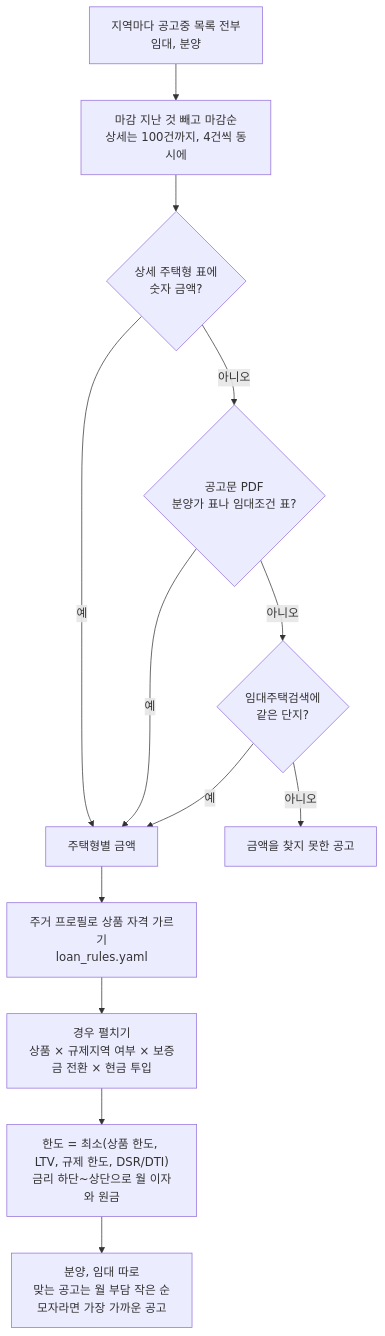
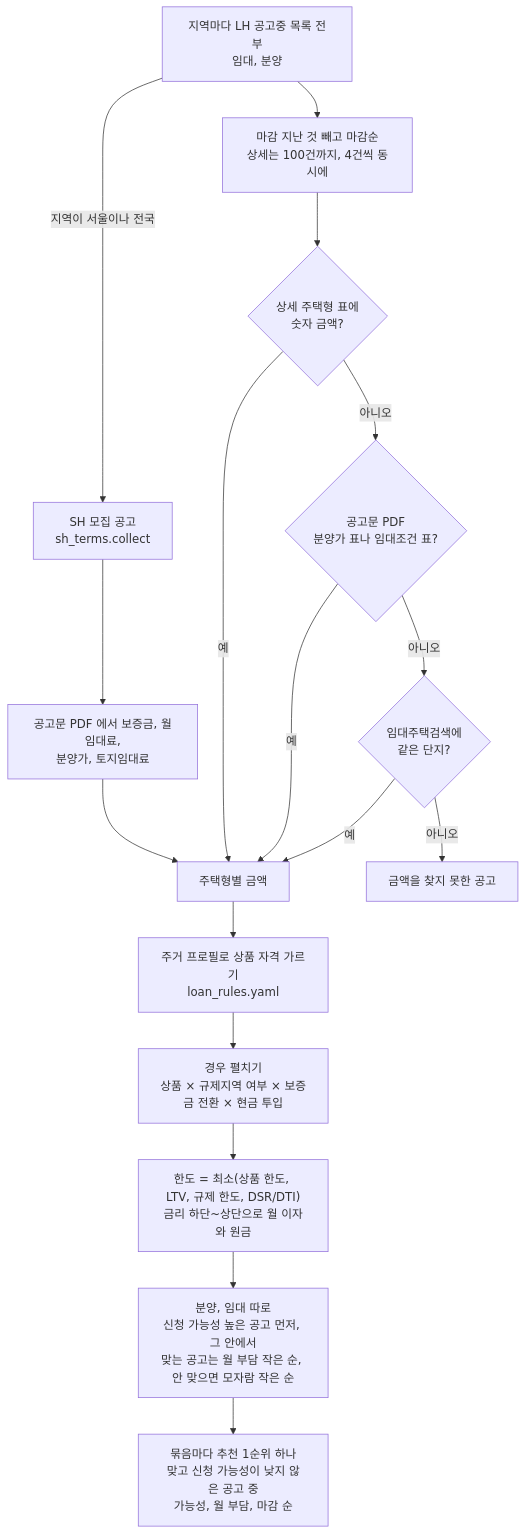
One commit to ash-hun/jarvis-agent changed the second of 3 diagrams in website/docs/agents/karen/housing.md. Above: the diagram before and after it, drawn with Mermaid. The commit also changed other lines of this file and 30 other files, not shown here.

First line of the commit message:
Docs: 기능별 그림 13장과 캡션, mermaid 를 지금 코드에 맞춰, 사라진 메모리 미들웨어와 ThoughtFrame 약속 필드를 지우고 이후 추가된 경로를 그린다 (#179)

````diff
--- a/website/docs/agents/karen/housing.md
+++ b/website/docs/agents/karen/housing.md
@@ -82,15 +82,19 @@
 ```mermaid
 flowchart TD
-  A[지역마다 공고중 목록 전부<br/>임대, 분양] --> B[마감 지난 것 빼고 마감순<br/>상세는 100건까지, 4건씩 동시에]
+  A[지역마다 LH 공고중 목록 전부<br/>임대, 분양] --> B[마감 지난 것 빼고 마감순<br/>상세는 100건까지, 4건씩 동시에]
+  A -->|지역이 서울이나 전국| SH[SH 모집 공고<br/>sh_terms.collect]
+  SH --> SHP[공고문 PDF 에서 보증금, 월임대료,<br/>분양가, 토지임대료]
+  SHP --> P
   B --> C{상세 주택형 표에<br/>숫자 금액?}
   C -->|예| P[주택형별 금액]
   C -->|아니오| D{공고문 PDF<br/>분양가 표나 임대조건 표?}
   D -->|예| P
   D -->|아니오| E{임대주택검색에<br/>같은 단지?}
   E -->|예| P
   E -->|아니오| U[금액을 찾지 못한 공고]
   P --> G[주거 프로필로 상품 자격 가르기<br/>loan_rules.yaml]
   G --> F["경우 펼치기<br/>상품 × 규제지역 여부 × 보증금 전환 × 현금 투입"]
   F --> H["한도 = 최소(상품 한도, LTV, 규제 한도, DSR/DTI)<br/>금리 하단~상단으로 월 이자와 원금"]
-  H --> R[분양, 임대 따로<br/>맞는 공고는 월 부담 작은 순<br/>모자라면 가장 가까운 공고]
+  H --> R[분양, 임대 따로<br/>신청 가능성 높은 공고 먼저, 그 안에서<br/>맞는 공고는 월 부담 작은 순, 안 맞으면 모자람 작은 순]
+  R --> T[묶음마다 추천 1순위 하나<br/>맞고 신청 가능성이 낮지 않은 공고 중<br/>가능성, 월 부담, 마감 순]
 ```
````
